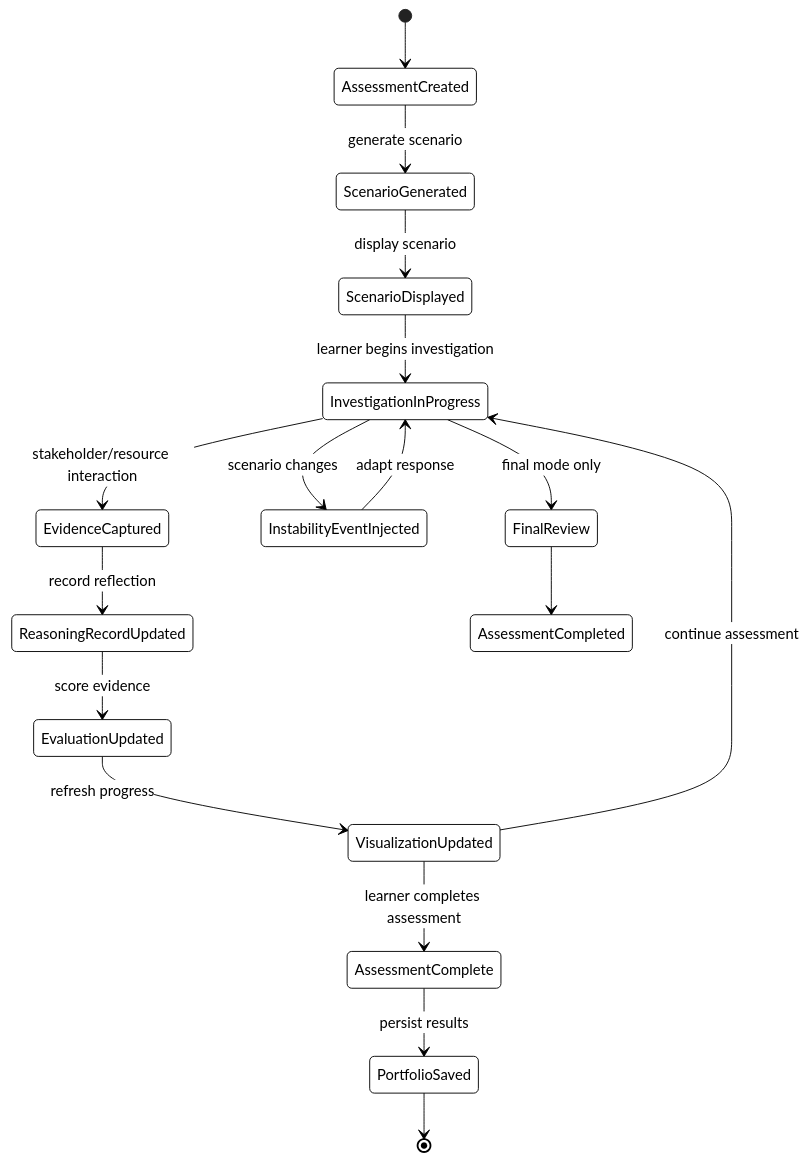
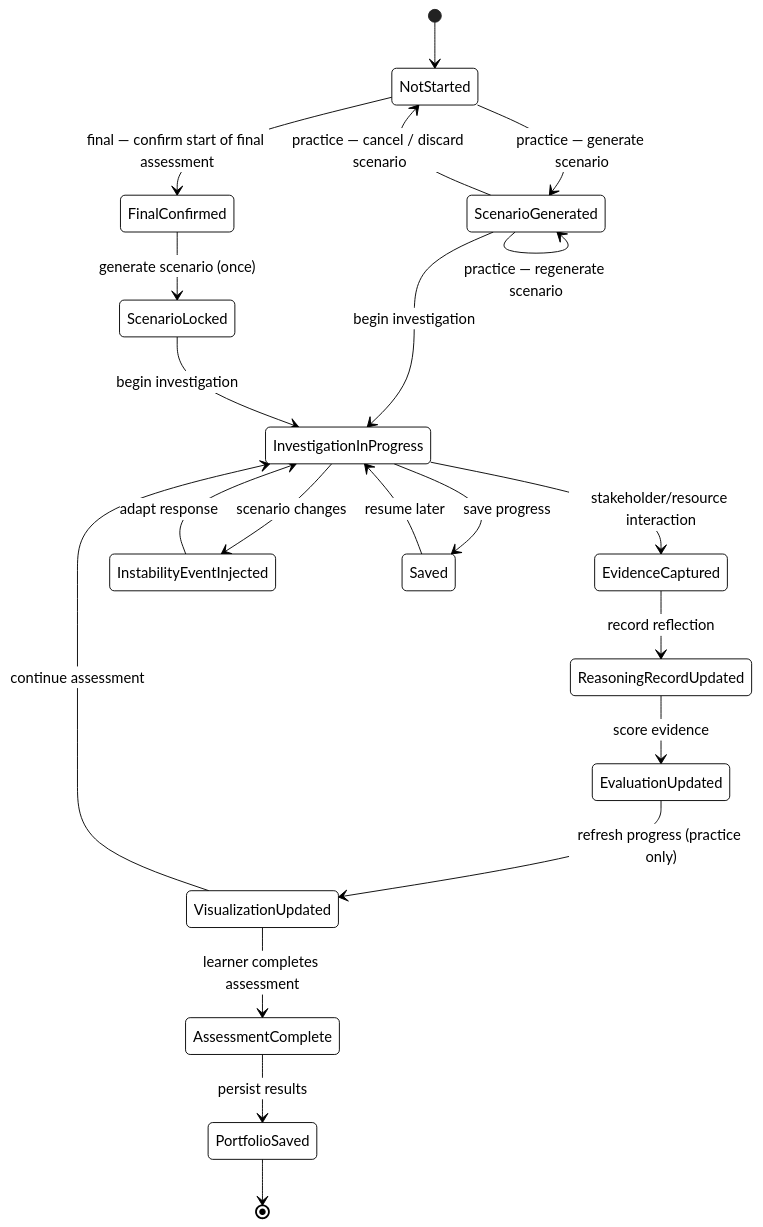
The second of 3 diagrams in design/disciplinaryReasoningAssessment.md (leesjensen/masteryls), drawn with Mermaid before and after one commit. The commit also changed other lines of this file and 5 other files, not shown here.

````diff
--- a/design/disciplinaryReasoningAssessment.md
+++ b/design/disciplinaryReasoningAssessment.md
@@ -434,26 +435,32 @@
 ```mermaid
 %%{init: { 'theme': 'neutral', 'themeVariables': { 'mainBkg': '#ffffff', 'lineColor': '#000000', 'primaryTextColor': '#000000', 'actorBorder': '#000000', 'participantBorder': '#000000', 'noteBorderColor': '#000000' } }}%%
 stateDiagram-v2
-    [*] --> AssessmentCreated
+    [*] --> NotStarted
 
-    AssessmentCreated --> ScenarioGenerated: generate scenario
-    ScenarioGenerated --> ScenarioDisplayed: display scenario
+    NotStarted --> ScenarioGenerated: practice — generate scenario
+    NotStarted --> FinalConfirmed: final — confirm start of final assessment
+    FinalConfirmed --> ScenarioLocked: generate scenario (once)
 
-    ScenarioDisplayed --> InvestigationInProgress: learner begins investigation
+    ScenarioGenerated --> NotStarted: practice — cancel / discard scenario
+    ScenarioGenerated --> ScenarioGenerated: practice — regenerate scenario
+    ScenarioGenerated --> InvestigationInProgress: begin investigation
+    ScenarioLocked --> InvestigationInProgress: begin investigation
+
     InvestigationInProgress --> EvidenceCaptured: stakeholder/resource interaction
     EvidenceCaptured --> ReasoningRecordUpdated: record reflection
     ReasoningRecordUpdated --> EvaluationUpdated: score evidence
-    EvaluationUpdated --> VisualizationUpdated: refresh progress
+    EvaluationUpdated --> VisualizationUpdated: refresh progress (practice only)
 
     VisualizationUpdated --> InvestigationInProgress: continue assessment
     VisualizationUpdated --> AssessmentComplete: learner completes assessment
 
     InvestigationInProgress --> InstabilityEventInjected: scenario changes
     InstabilityEventInjected --> InvestigationInProgress: adapt response
 
-    InvestigationInProgress --> FinalReview: final mode only
-    FinalReview --> AssessmentCompleted
+    InvestigationInProgress --> Saved: save progress
+    Saved --> InvestigationInProgress: resume later
+
     AssessmentComplete --> PortfolioSaved: persist results
     PortfolioSaved --> [*]
 
 ```
````
